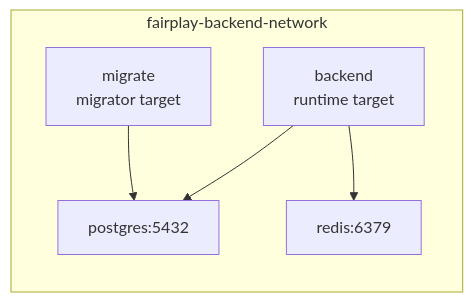
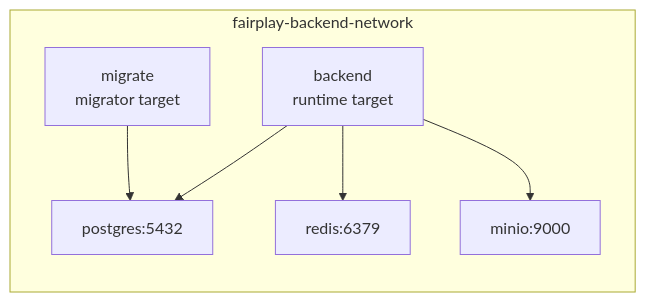
One commit to FairPlayTeam/ts-backend changed the fourth of 7 diagrams in ARCHITECTURE.md. Above: the diagram before and after it, drawn with Mermaid. The commit also changed other lines of this file and 47 other files, not shown here.

````diff
--- a/ARCHITECTURE.md
+++ b/ARCHITECTURE.md
@@ -121,13 +130,15 @@
 ```mermaid
 flowchart LR
 backend["backend<br/>runtime target"] --> postgres["postgres:5432"]
 backend --> redis["redis:6379"]
+backend --> minio["minio:9000"]
 migrate["migrate<br/>migrator target"] --> postgres
 
 subgraph network["fairplay-backend-network"]
 backend
 migrate
 postgres
 redis
+minio
 end
 ```
````
